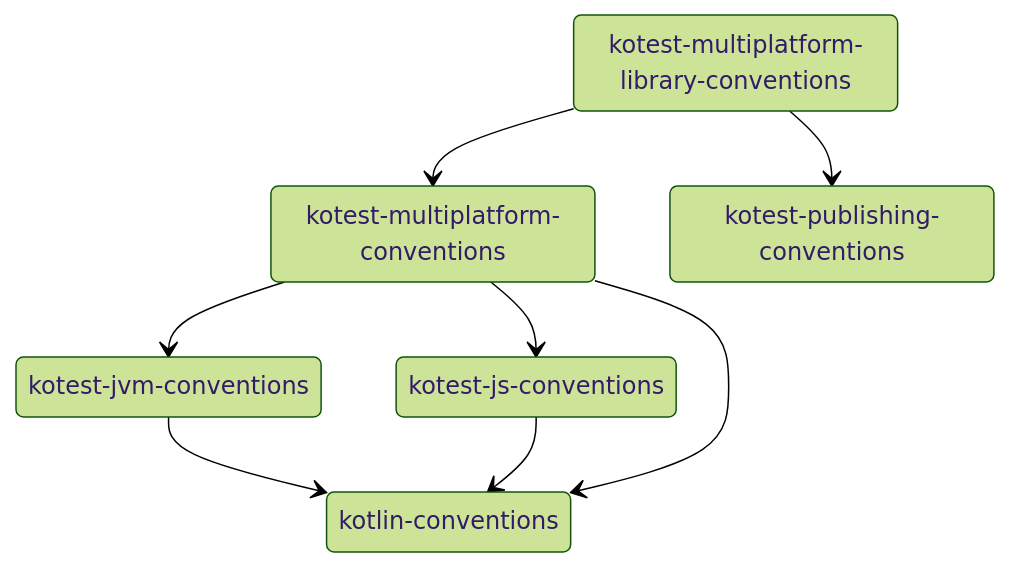
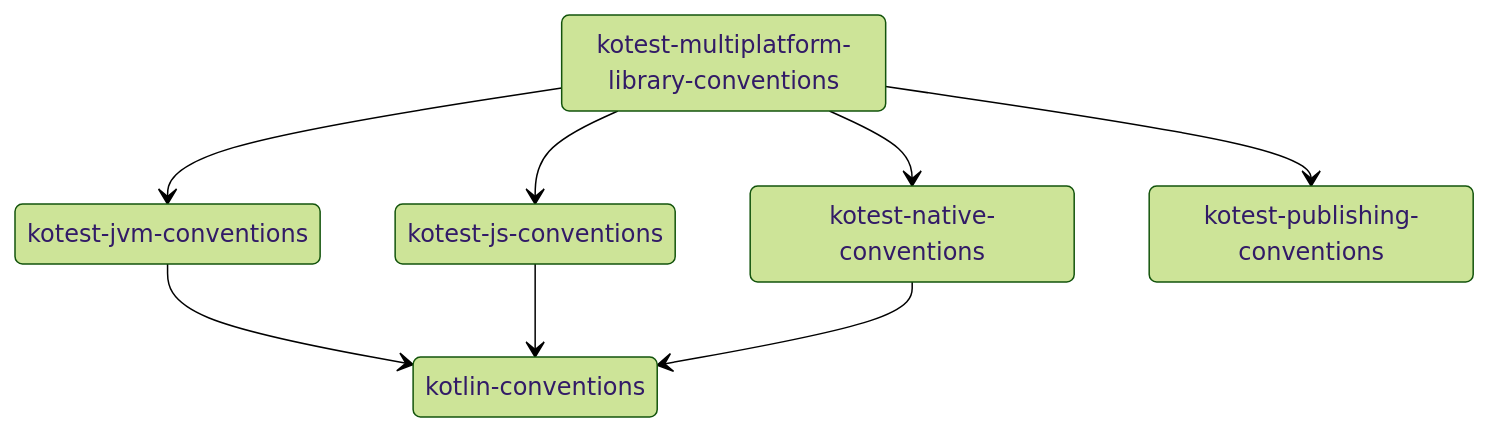
Before and after one commit to kotest/kotest: the diagram in buildSrc/README.md, drawn with Mermaid (forest theme). The commit also changed other lines of this file and 4 other files, not shown here.

````diff
--- a/buildSrc/README.md
+++ b/buildSrc/README.md
@@ -3,17 +3,17 @@
 ```mermaid
 stateDiagram-v2
   state "kotlin-conventions" as base
   state "kotest-jvm-conventions" as jvm
   state "kotest-js-conventions" as js
-  state "kotest-multiplatform-conventions" as multiplatform
+  state "kotest-native-conventions" as native
   state "kotest-publishing-conventions" as publishing
   state "kotest-multiplatform-library-conventions" as mpplib
 
   jvm --> base
   js --> base
-  multiplatform --> base
-  multiplatform --> js
-  multiplatform --> jvm
-  mpplib --> multiplatform
+  native --> base
+  mpplib --> native
+  mpplib --> jvm
+  mpplib --> js
   mpplib --> publishing
 ```
````
